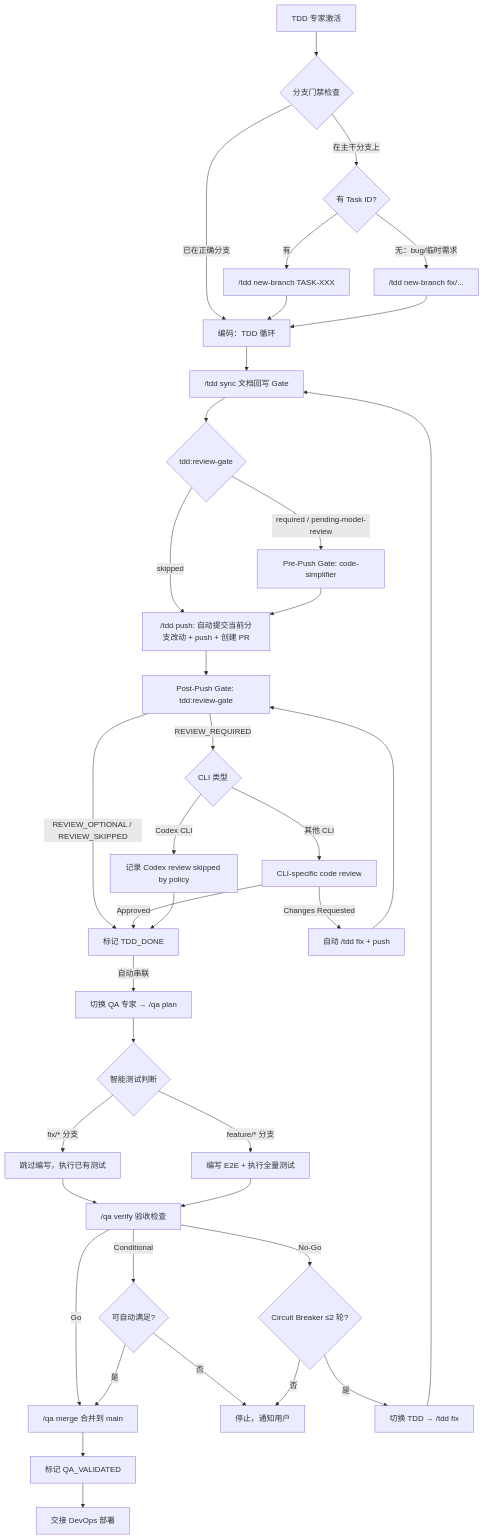
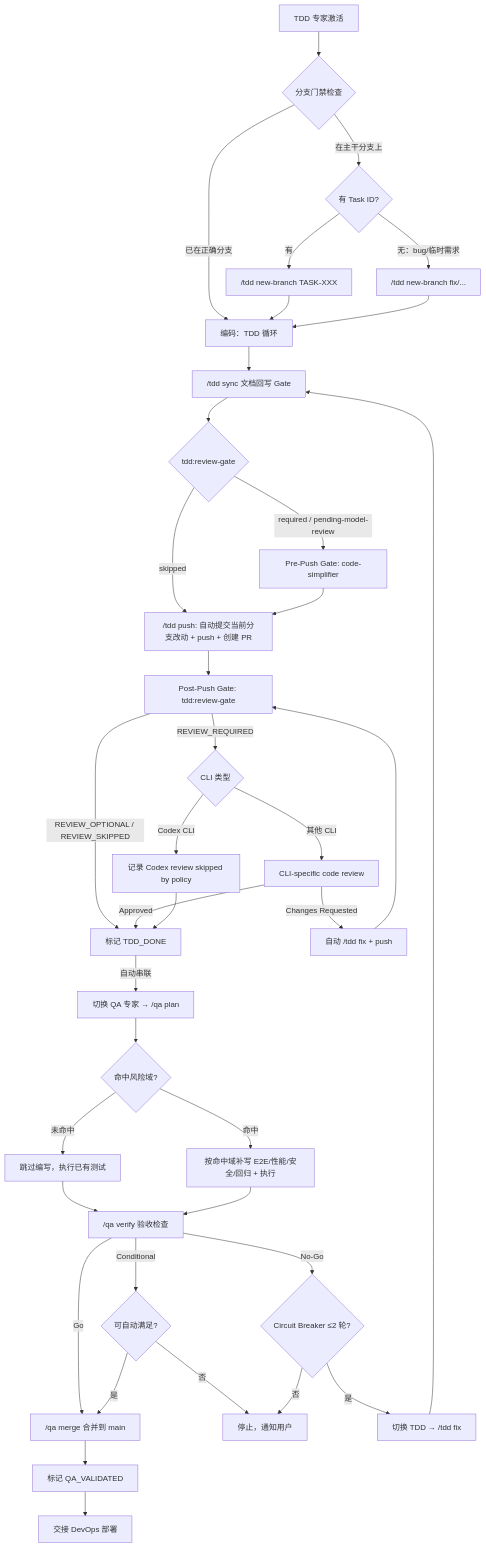
Before and after one commit to hollisyao2024/PromptsEngineering: the diagram in AgentRoles/Handbooks/TDD-PROGRAMMING-EXPERT.playbook.md, drawn with Mermaid. The commit also changed 3 other files, not shown here.

````diff
--- a/AgentRoles/Handbooks/TDD-PROGRAMMING-EXPERT.playbook.md
+++ b/AgentRoles/Handbooks/TDD-PROGRAMMING-EXPERT.playbook.md
@@ -196,40 +196,40 @@
 ```mermaid
 flowchart TD
     A[TDD 专家激活] --> B{分支门禁检查}
     B -->|在主干分支上| C{有 Task ID?}
     B -->|已在正确分支| F[编码：TDD 循环]
     C -->|有| D["/tdd new-branch TASK-XXX"]
     C -->|无：bug/临时需求| E["/tdd new-branch fix/..."]
     D --> F
     E --> F
     F --> G["/tdd sync 文档回写 Gate"]
     G --> G1{tdd:review-gate}
     G1 -->|skipped| H["/tdd push: 自动提交当前分支改动 + push + 创建 PR"]
     G1 -->|required / pending-model-review| G2["Pre-Push Gate: code-simplifier"]
     G2 --> H
     H --> H2["Post-Push Gate: tdd:review-gate"]
     H2 -->|REVIEW_REQUIRED| H3{CLI 类型}
     H2 -->|REVIEW_OPTIONAL / REVIEW_SKIPPED| I[标记 TDD_DONE]
     H3 -->|Codex CLI| H4["记录 Codex review skipped by policy"]
     H3 -->|其他 CLI| H5["CLI-specific code review"]
     H5 -->|Approved| I
     H4 --> I
     H5 -->|Changes Requested| H6["自动 /tdd fix + push"]
     H6 --> H2
     I -->|自动串联| QA1["切换 QA 专家 → /qa plan"]
-    QA1 --> QA2{智能测试判断}
-    QA2 -->|fix/* 分支| QA3[跳过编写，执行已有测试]
-    QA2 -->|feature/* 分支| QA4[编写 E2E + 执行全量测试]
+    QA1 --> QA2{命中风险域?}
+    QA2 -->|未命中| QA3[跳过编写，执行已有测试]
+    QA2 -->|命中| QA4[按命中域补写 E2E/性能/安全/回归 + 执行]
     QA3 --> QA5["/qa verify 验收检查"]
     QA4 --> QA5
     QA5 -->|Go| QA6["/qa merge 合并到 main"]
     QA5 -->|Conditional| QA7{可自动满足?}
     QA7 -->|是| QA6
     QA7 -->|否| STOP[停止，通知用户]
     QA5 -->|No-Go| QA8{Circuit Breaker ≤2 轮?}
     QA8 -->|是| FIX["切换 TDD → /tdd fix"]
     QA8 -->|否| STOP
     FIX --> G
     QA6 --> QA9[标记 QA_VALIDATED]
     QA9 --> DEPLOY[交接 DevOps 部署]
 ```
````
